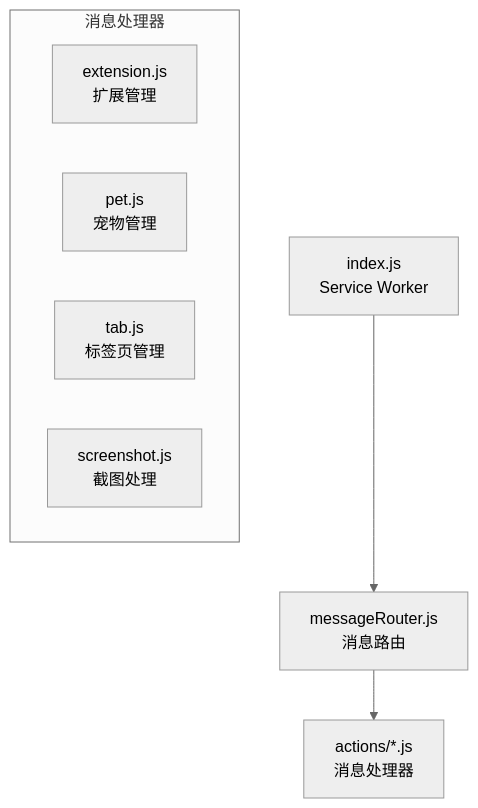
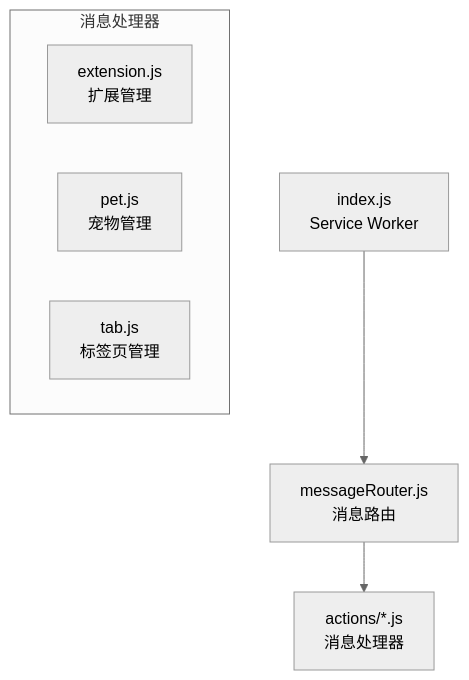
One commit to effiy/YiPet changed the fourth of 6 diagrams in docs/README.md. Above: the diagram before and after it, drawn with Mermaid (neutral theme). The commit also changed other lines of this file and 55 other files, not shown here.

````diff
--- a/docs/README.md
+++ b/docs/README.md
@@ -260,16 +270,15 @@
 ```mermaid
 graph TD
     ServiceWorker[index.js<br/>Service Worker]
     MessageRouter[messageRouter.js<br/>消息路由]
     ActionHandlers[actions/*.js<br/>消息处理器]
 
     ServiceWorker --> MessageRouter
     MessageRouter --> ActionHandlers
 
     subgraph "消息处理器"
         ExtensionHandler[extension.js<br/>扩展管理]
         PetHandler[pet.js<br/>宠物管理]
         TabHandler[tab.js<br/>标签页管理]
-        ScreenshotHandler[screenshot.js<br/>截图处理]
     end
 ```
````
